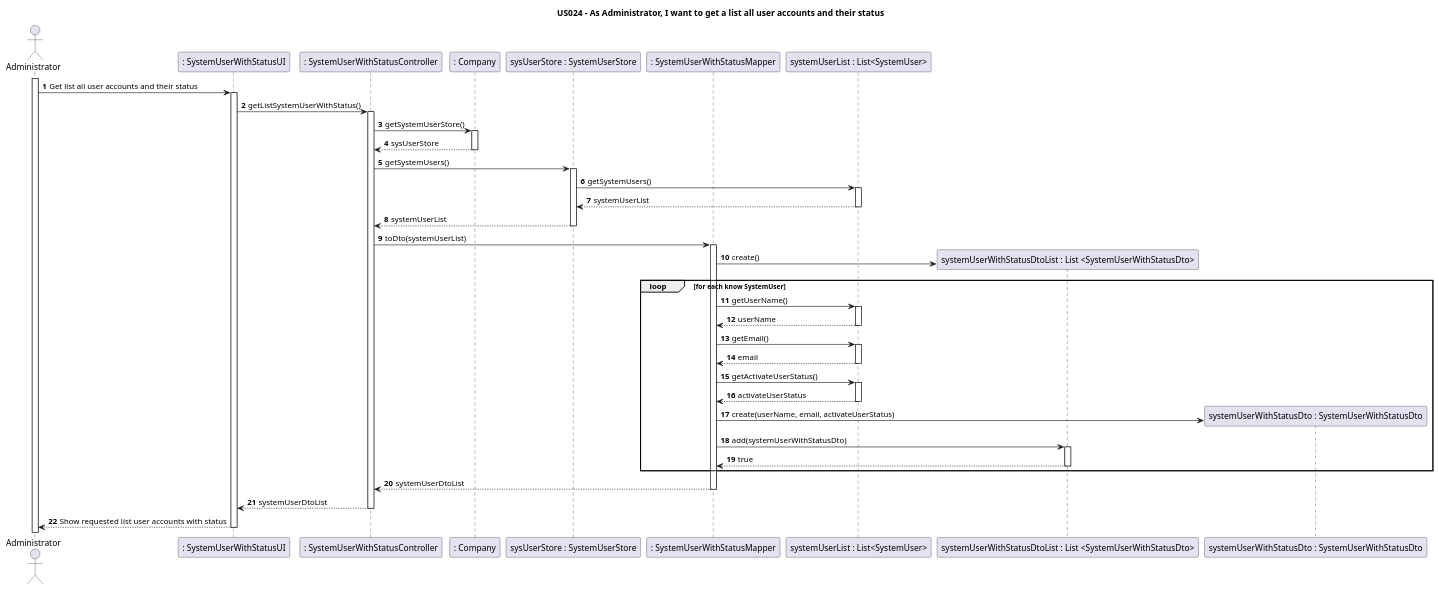
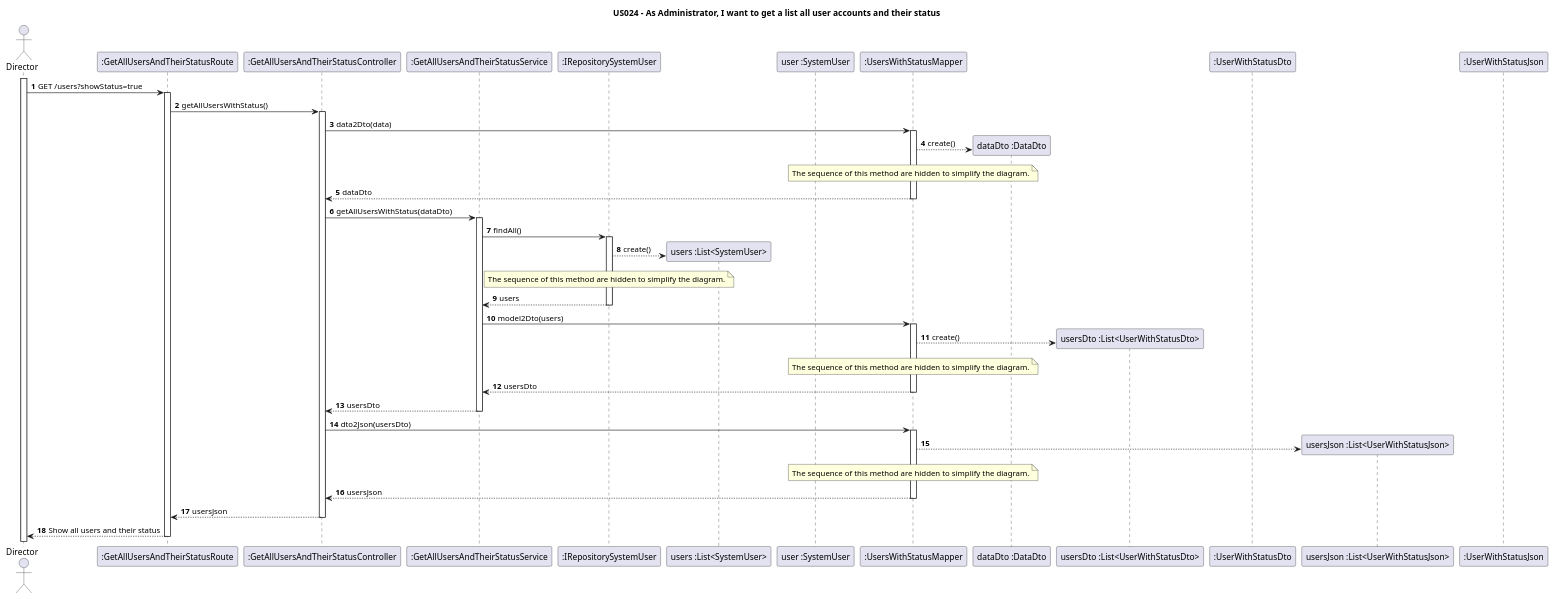
The diagram in docs/Sprint3/US024/US024-SD.puml (nunogon1211787/projectManagement), drawn with PlantUML before and after one commit. The commit also changed 10 other files, not shown here.

Commit message:
US024: Design: redo SSD, DM (excerpt), CD and SD to a DDD/Onion Architecture/Restful API project. Resolve #145

```diff
--- a/docs/Sprint3/US024/US024-SD.puml
+++ b/docs/Sprint3/US024/US024-SD.puml
@@ -1,52 +1,50 @@
 @startuml
 'https://plantuml.com/sequence-diagram
 
 title US024 - As Administrator, I want to get a list all user accounts and their status
 
 autoactivate on
 autonumber
 
-actor "Administrator" as User
-participant ": SystemUserWithStatusUI" as System
-participant ": SystemUserWithStatusController" as Ctrl
-participant ": Company" as C1
-participant "sysUserStore : SystemUserStore" as C2
-participant ": SystemUserWithStatusMapper" as C3
-participant "systemUserList : List<SystemUser>" as C4
-participant "systemUserWithStatusDtoList : List <SystemUserWithStatusDto>" as C5
-participant "systemUserWithStatusDto : SystemUserWithStatusDto" as C6
+actor "Director" as actor
+participant ":GetAllUsersAndTheirStatusRoute" as route
+participant ":GetAllUsersAndTheirStatusController" as ctrl
+participant ":GetAllUsersAndTheirStatusService" as srv
+participant ":IRepositorySystemUser" as repo
+participant "users :List<SystemUser>" as list
+participant "user :SystemUser" as user
+participant ":UsersWithStatusMapper" as map
+participant "dataDto :DataDto" as dataDto
+participant "usersDto :List<UserWithStatusDto>" as dtoList
+participant ":UserWithStatusDto" as dto
+participant "usersJson :List<UserWithStatusJson>" as jsonList
+participant ":UserWithStatusJson" as json
+
+activate actor
+autoactivate on
+
+actor -> route : GET /users?showStatus=true
+route -> ctrl : getAllUsersWithStatus()
+ctrl -> map: data2Dto(data)
+map --> dataDto**: create()
+note over map : The sequence of this method are hidden to simplify the diagram.
+map --> ctrl: dataDto
+ctrl -> srv : getAllUsersWithStatus(dataDto)
+srv -> repo: findAll()
+repo --> list** : create()
+note over repo : The sequence of this method are hidden to simplify the diagram.
+repo --> srv : users
+srv -> map : model2Dto(users)
+map --> dtoList** : create()
+note over map : The sequence of this method are hidden to simplify the diagram.
+map --> srv : usersDto
+srv --> ctrl : usersDto
+ctrl -> map : dto2Json(usersDto)
+map --> jsonList**
+note over map : The sequence of this method are hidden to simplify the diagram.
+map --> ctrl : usersJson
+ctrl --> route : usersJson
+route --> actor : Show all users and their status
 
 
-
-
-activate User
-
-User -> System: Get list all user accounts and their status
-System -> Ctrl: getListSystemUserWithStatus()
-Ctrl-> C1 : getSystemUserStore()
-C1--> Ctrl : sysUserStore
-Ctrl->C2 : getSystemUsers()
-C2->C4 : getSystemUsers()
-
-C4-->C2 : systemUserList
-C2-->Ctrl : systemUserList
-
-Ctrl->C3 :toDto(systemUserList)
-
-C3->C5 **: create()
- loop for each know SystemUser
-C3->C4 : getUserName()
-C4-->C3 : userName
-C3->C4 : getEmail()
-C4-->C3 : email
-C3->C4 : getActivateUserStatus()
-C4-->C3 : activateUserStatus
-C3-> C6 ** : create(userName, email, activateUserStatus)
-C3->C5 : add(systemUserWithStatusDto)
-C5-->C3 : true
-end
-C3-->Ctrl: systemUserDtoList
-Ctrl-->System : systemUserDtoList
-System-->User : Show requested list user accounts with status
-
 @enduml
```
